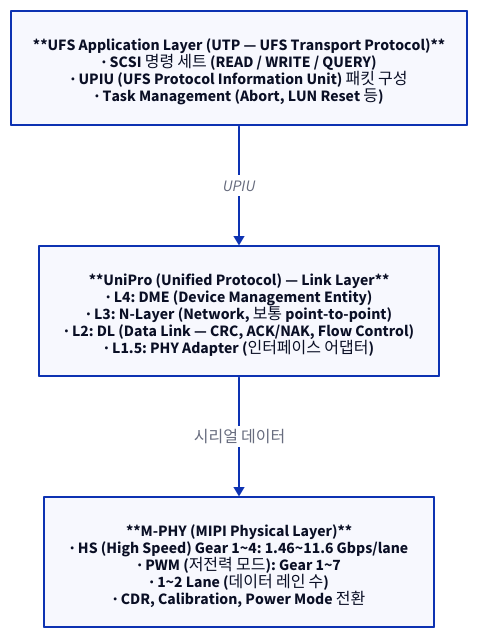
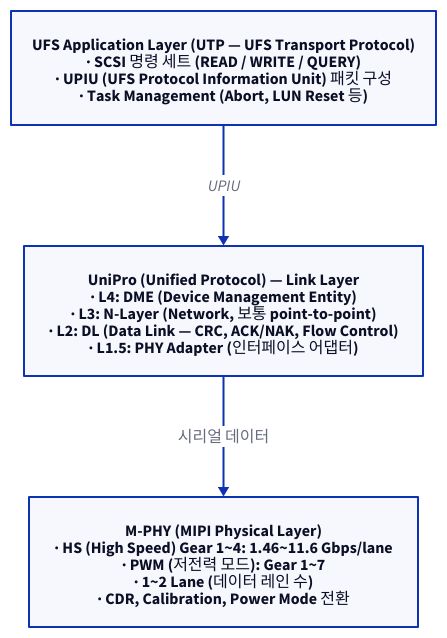
One commit to humbleowl39/DV_SKOOL changed the third of 3 diagrams in starlight_site/src/content/docs/ufs_hci/01_ufs_protocol_stack.md. Above: the diagram before and after it, drawn with D2. The commit also changed other lines of this file and 714 other files, not shown here.

First line of the commit message:
fix(site): d2 다이어그램 가독성 결함 6종 일괄 수정

````diff
--- a/starlight_site/src/content/docs/ufs_hci/01_ufs_protocol_stack.md
+++ b/starlight_site/src/content/docs/ufs_hci/01_ufs_protocol_stack.md
@@ -158,9 +170,9 @@
 ```d2
 direction: down
 
-APP: "**UFS Application Layer (UTP — UFS Transport Protocol)**\n· SCSI 명령 세트 (READ / WRITE / QUERY)\n· UPIU (UFS Protocol Information Unit) 패킷 구성\n· Task Management (Abort, LUN Reset 등)"
-UNI: "**UniPro (Unified Protocol) — Link Layer**\n· L4: DME (Device Management Entity)\n· L3: N-Layer (Network, 보통 point-to-point)\n· L2: DL (Data Link — CRC, ACK/NAK, Flow Control)\n· L1.5: PHY Adapter (인터페이스 어댑터)"
-PHY: "**M-PHY (MIPI Physical Layer)**\n· HS (High Speed) Gear 1~4: 1.46~11.6 Gbps/lane\n· PWM (저전력 모드): Gear 1~7\n· 1~2 Lane (데이터 레인 수)\n· CDR, Calibration, Power Mode 전환"
+APP: "UFS Application Layer (UTP — UFS Transport Protocol)\n· SCSI 명령 세트 (READ / WRITE / QUERY)\n· UPIU (UFS Protocol Information Unit) 패킷 구성\n· Task Management (Abort, LUN Reset 등)"
+UNI: "UniPro (Unified Protocol) — Link Layer\n· L4: DME (Device Management Entity)\n· L3: N-Layer (Network, 보통 point-to-point)\n· L2: DL (Data Link — CRC, ACK/NAK, Flow Control)\n· L1.5: PHY Adapter (인터페이스 어댑터)"
+PHY: "M-PHY (MIPI Physical Layer)\n· HS (High Speed) Gear 1~4: 1.46~11.6 Gbps/lane\n· PWM (저전력 모드): Gear 1~7\n· 1~2 Lane (데이터 레인 수)\n· CDR, Calibration, Power Mode 전환"
 APP -> UNI: "UPIU"
 UNI -> PHY: "시리얼 데이터"
 ```
````
